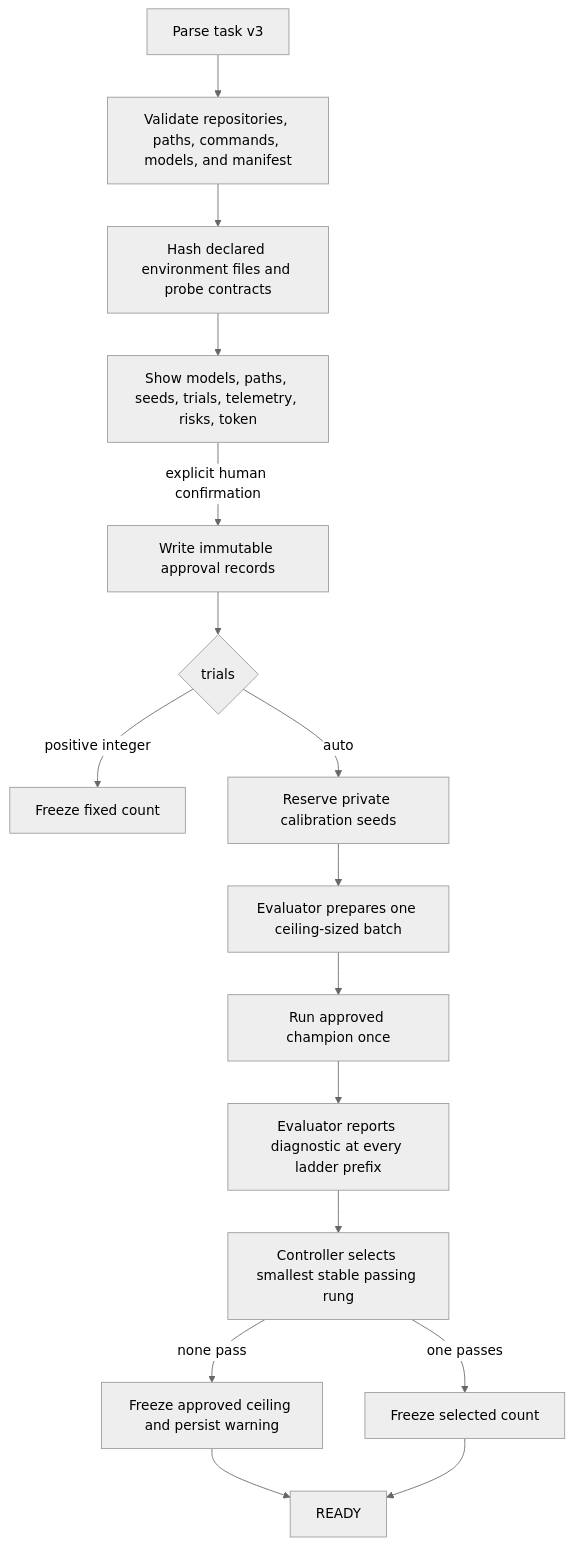
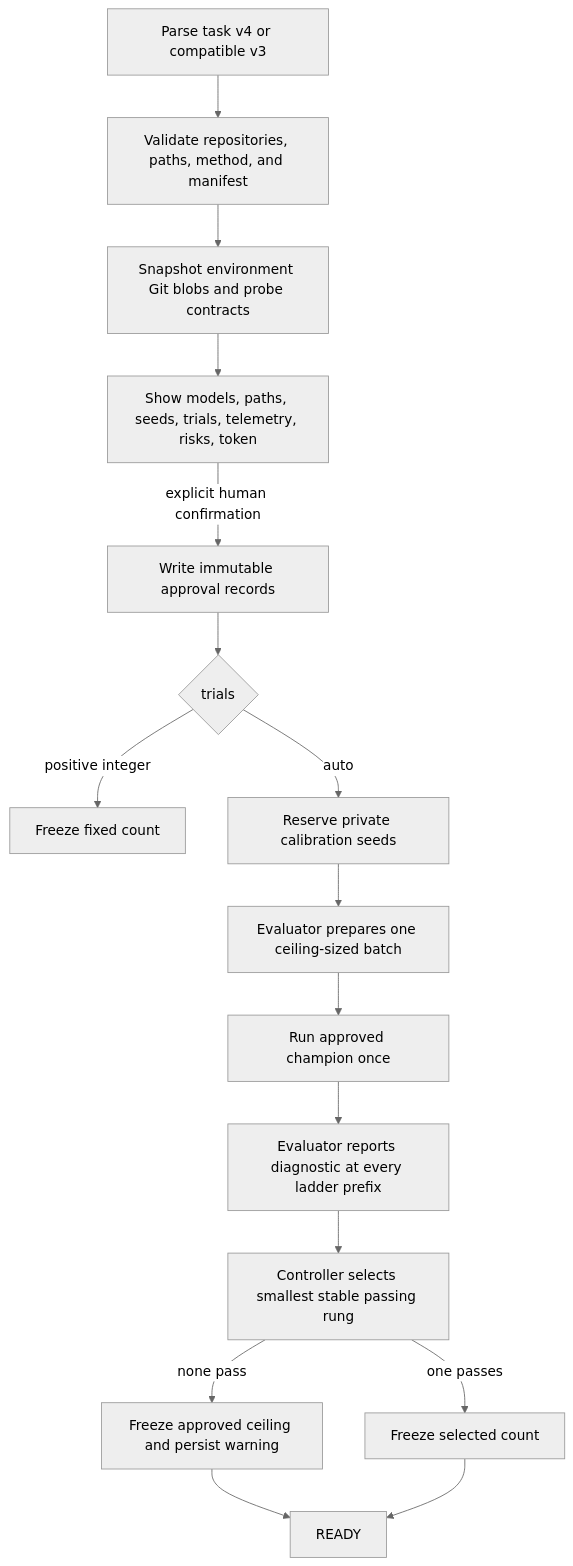
Before and after one commit to N00bcak/arctl: the third of 7 diagrams in docs/design.md, drawn with Mermaid (neutral theme). The commit also changed other lines of this file and 12 other files, not shown here.

````diff
--- a/docs/design.md
+++ b/docs/design.md
@@ -130,18 +133,18 @@
 ```mermaid
 flowchart TD
-    P[Parse task v3] --> V[Validate repositories, paths, commands, models, and manifest]
-    V --> ENV[Hash declared environment files and probe contracts]
+    P[Parse task v4 or compatible v3] --> V[Validate repositories, paths, method, and manifest]
+    V --> ENV[Snapshot environment Git blobs and probe contracts]
     ENV --> PREVIEW[Show models, paths, seeds, trials, telemetry, risks, token]
     PREVIEW -->|explicit human confirmation| LOCK[Write immutable approval records]
     LOCK --> T{trials}
     T -->|positive integer| FIX[Freeze fixed count]
     T -->|auto| RES[Reserve private calibration seeds]
     RES --> PREP[Evaluator prepares one ceiling-sized batch]
     PREP --> CHAMP[Run approved champion once]
     CHAMP --> ASSESS[Evaluator reports diagnostic at every ladder prefix]
     ASSESS --> SELECT[Controller selects smallest stable passing rung]
     SELECT -->|none pass| CEIL[Freeze approved ceiling and persist warning]
     SELECT -->|one passes| FREEZE[Freeze selected count]
     CEIL --> READY[READY]
     FREEZE --> READY
 ```
````
